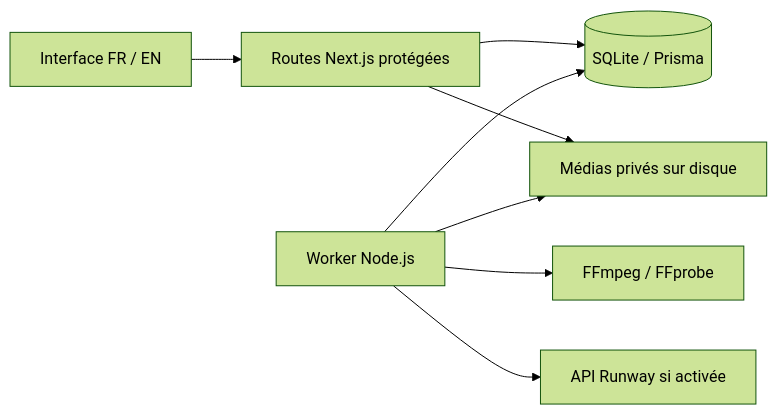
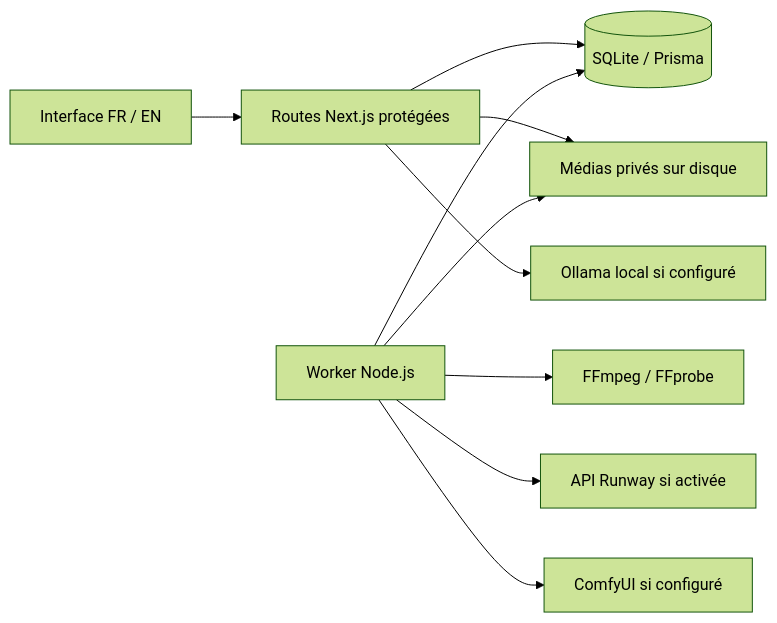
Before and after one commit to conceptafrobysyd-alt/Yassdem-Ai-Studio: the diagram in docs/ARCHITECTURE.md, drawn with Mermaid (forest theme). The commit also changed other lines of this file and 30 other files, not shown here.

````diff
--- a/docs/ARCHITECTURE.md
+++ b/docs/ARCHITECTURE.md
@@ -15,10 +15,12 @@
 ```mermaid
 flowchart LR
     UI[Interface FR / EN] --> API[Routes Next.js protégées]
     API --> DB[(SQLite / Prisma)]
     API --> MEDIA[Médias privés sur disque]
     WORKER[Worker Node.js] --> DB
     WORKER --> MEDIA
     WORKER --> FFMPEG[FFmpeg / FFprobe]
     WORKER --> RUNWAY[API Runway si activée]
+    WORKER --> COMFY[ComfyUI si configuré]
+    API --> OLLAMA[Ollama local si configuré]
 ```
````
